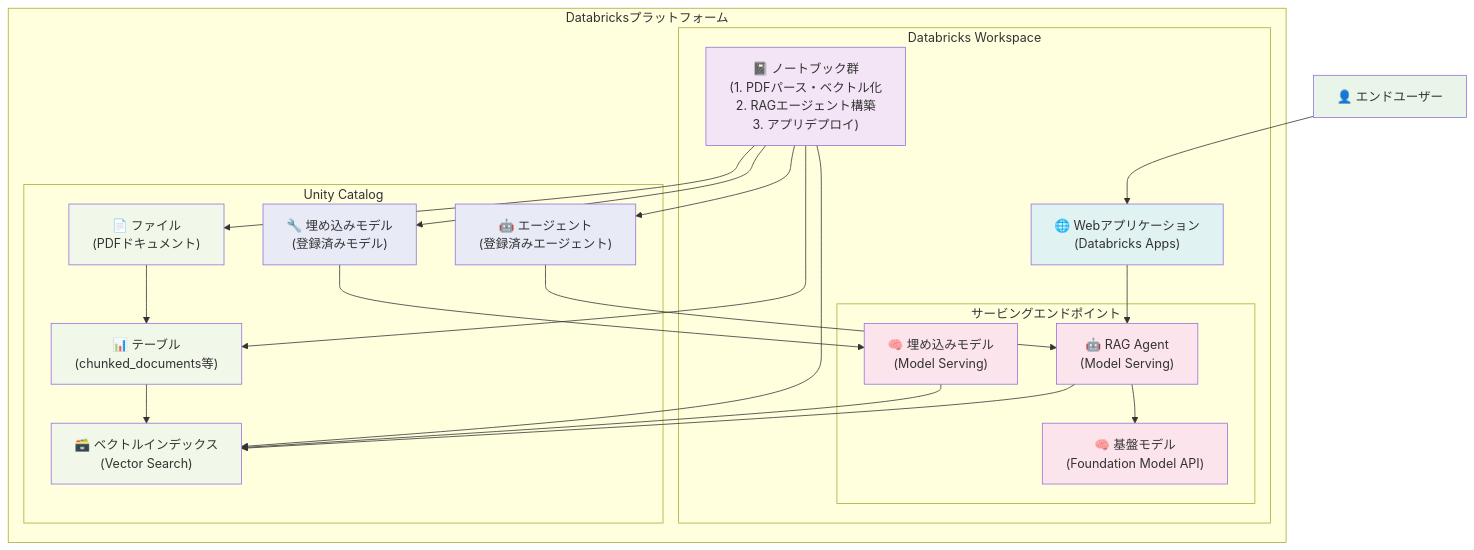
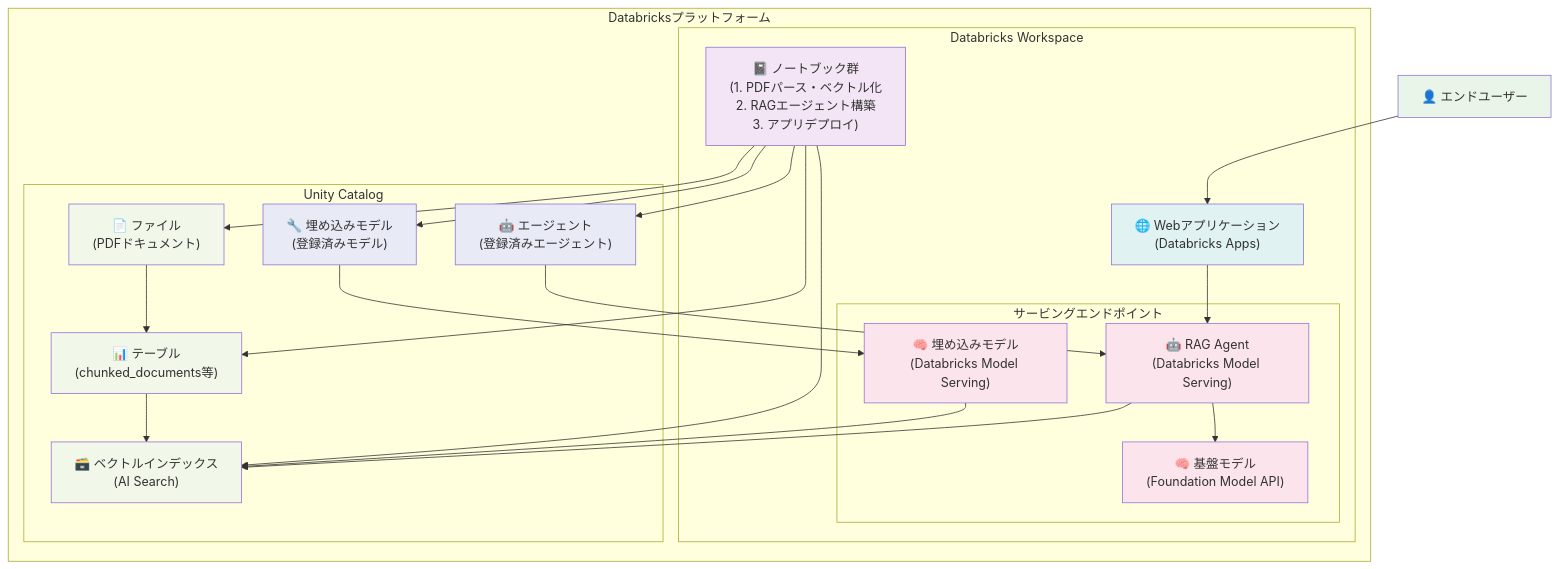
One commit to skato-db/databricks_rag_app_demo changed the diagram in README.md. Above: the diagram before and after it, drawn with Mermaid. The commit also changed other lines of this file and 7 other files, not shown here.

````diff
--- a/README.md
+++ b/README.md
@@ -11,67 +11,67 @@
 ```mermaid
 flowchart TD
     EndUser["👤 エンドユーザー"]
     
     subgraph "Databricksプラットフォーム"
         subgraph "Databricks Workspace"
             Notebooks["📓 ノートブック群<br/>(1. PDFパース・ベクトル化<br/>2. RAGエージェント構築<br/>3. アプリデプロイ)"]
             WebApp["🌐 Webアプリケーション<br/>(Databricks Apps)"]
             
             subgraph "サービングエンドポイント"
-                AgentEndpoint["🤖 RAG Agent<br/>(Model Serving)"]
-                EmbedEndpoint["🧠 埋め込みモデル<br/>(Model Serving)"]
+                AgentEndpoint["🤖 RAG Agent<br/>(Databricks Model Serving)"]
+                EmbedEndpoint["🧠 埋め込みモデル<br/>(Databricks Model Serving)"]
                 LLMEndpoint["🧠 基盤モデル<br/>(Foundation Model API)"]
             end
         end
         
         subgraph "Unity Catalog"
             Files["📄 ファイル<br/>(PDFドキュメント)"]
             Tables["📊 テーブル<br/>(chunked_documents等)"]
-            VectorIndex["🗃️ ベクトルインデックス<br/>(Vector Search)"]
+            VectorIndex["🗃️ ベクトルインデックス<br/>(AI Search)"]
             EmbedModel["🔧 埋め込みモデル<br/>(登録済みモデル)"]
             Agent["🤖 エージェント<br/>(登録済みエージェント)"]
         end
     end
     
     %% ユーザーとの関係
     EndUser --> WebApp
     
     %% ノートブックとUnity Catalogの関係
     Notebooks --> Files
     Notebooks --> Tables
     Notebooks --> VectorIndex
     Notebooks --> EmbedModel
     Notebooks --> Agent
     
     %% サービングエンドポイントとUnity Catalogの関係
     EmbedModel --> EmbedEndpoint
     Agent --> AgentEndpoint
     
     %% Webアプリとサービングエンドポイントの関係
     WebApp --> AgentEndpoint
     AgentEndpoint --> LLMEndpoint
     AgentEndpoint --> VectorIndex
     
     %% 埋め込みモデルエンドポイントとベクトルインデックスの関係
     EmbedEndpoint --> VectorIndex
     
     %% データ処理の流れ
     Files --> Tables
     Tables --> VectorIndex
     
     classDef userClass fill:#e8f5e8
     classDef workspaceClass fill:#e3f2fd
     classDef catalogClass fill:#fff3e0
     classDef notebookClass fill:#f3e5f5
     classDef appClass fill:#e0f2f1
     classDef servingClass fill:#fce4ec
     classDef dataClass fill:#f1f8e9
     classDef modelClass fill:#e8eaf6
     
     class EndUser userClass
     class Notebooks notebookClass
     class WebApp appClass
     class AgentEndpoint,EmbedEndpoint,LLMEndpoint servingClass
     class Files,Tables,VectorIndex dataClass
     class EmbedModel,Agent modelClass
 ```
````
